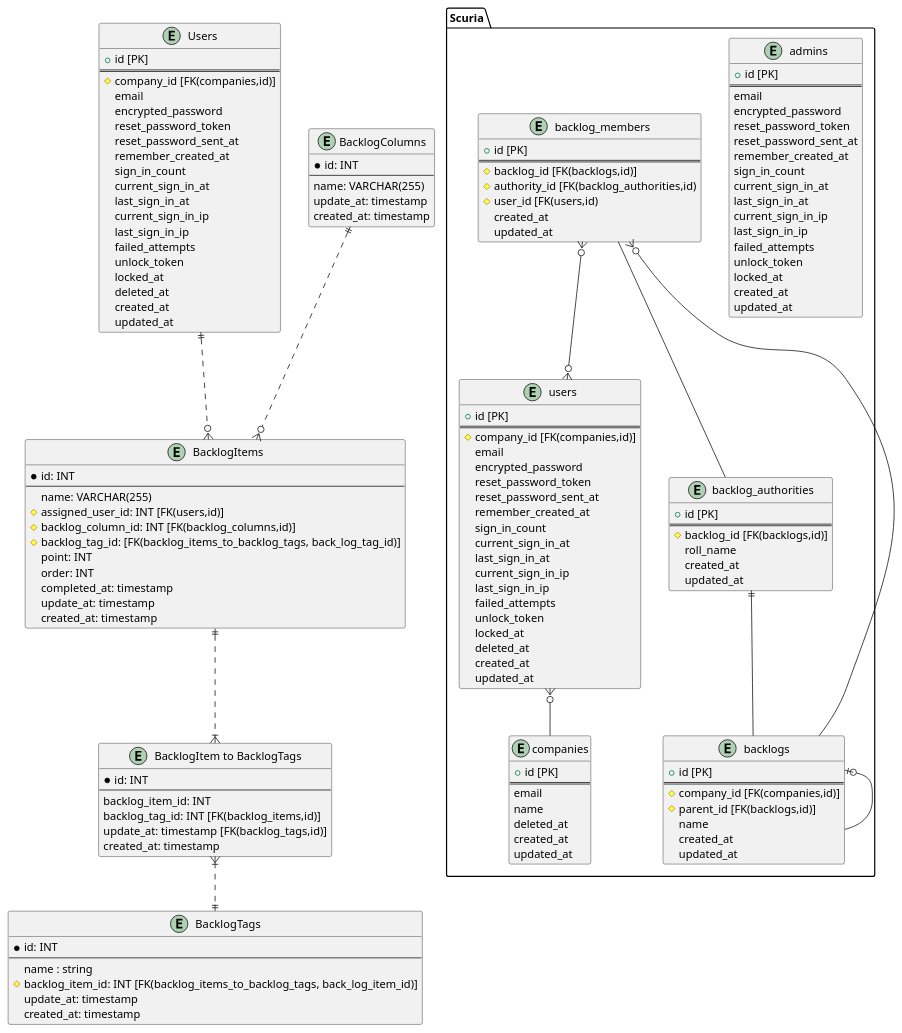
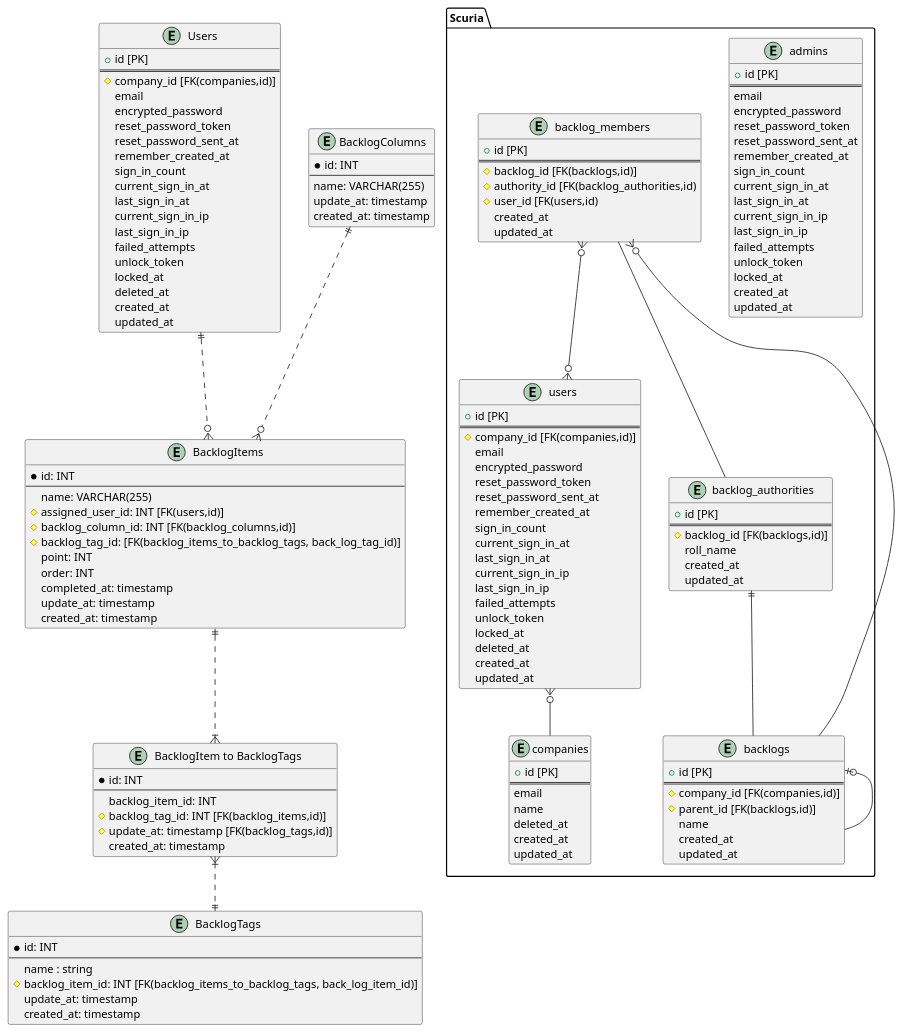
One commit to slill33/Scuria changed the diagram in docs/er.pu. Above: the diagram before and after it, drawn with PlantUML.

```diff
--- a/docs/er.pu
+++ b/docs/er.pu
@@ -1,164 +1,164 @@
 @startuml 
 package "Scuria" {
   entity "users" {
     + id [PK]
     ==
     # company_id [FK(companies,id)]
     email
     encrypted_password
     reset_password_token
     reset_password_sent_at
     remember_created_at
     sign_in_count
     current_sign_in_at
     last_sign_in_at
     current_sign_in_ip
     last_sign_in_ip
     failed_attempts
     unlock_token
     locked_at
     deleted_at
     created_at
     updated_at
   }
   entity "admins" {
     + id [PK]
     ==
     email
     encrypted_password
     reset_password_token
     reset_password_sent_at
     remember_created_at
     sign_in_count
     current_sign_in_at
     last_sign_in_at
     current_sign_in_ip
     last_sign_in_ip
     failed_attempts
     unlock_token
     locked_at
     created_at
     updated_at
   }
   entity "companies" {
     + id [PK]
     ==
     email
     name
     deleted_at
     created_at
     updated_at
   }
   entity "backlog_authorities" {
     + id [PK]
     ==
     # backlog_id [FK(backlogs,id)]
     roll_name
     created_at
     updated_at
   }
   entity "backlogs" {
     + id [PK]
     ==
     # company_id [FK(companies,id)]
     # parent_id [FK(backlogs,id)] 
     name
     created_at
     updated_at 
   }
 
   entity "backlog_members" {
     + id [PK]
     ==
     # backlog_id [FK(backlogs,id)]
     # authority_id [FK(backlog_authorities,id)
     # user_id [FK(users,id) 
     created_at
     updated_at
   }
 
 
   users }o-- companies
   backlog_authorities ||-- backlogs
   backlogs |o-- backlogs
   backlog_members }o-- backlogs
   backlog_members -- backlog_authorities
   backlog_members }o--o{ users
 
 
 
 }
 
 
 entity "Users" as u {
     + id [PK]
     ==
     # company_id [FK(companies,id)]
     email
     encrypted_password
     reset_password_token
     reset_password_sent_at
     remember_created_at
     sign_in_count
     current_sign_in_at
     last_sign_in_at
     current_sign_in_ip
     last_sign_in_ip
     failed_attempts
     unlock_token
     locked_at
     deleted_at
     created_at
     updated_at
 }
 
 entity "BacklogColumns" as backlog_columns {
     *id: INT
     --
     name: VARCHAR(255)
     update_at: timestamp
     created_at: timestamp
 }
 
 
 entity "BacklogItems" as backlog_items {
     *id: INT
     --
     name: VARCHAR(255)
     # assigned_user_id: INT [FK(users,id)]
     # backlog_column_id: INT [FK(backlog_columns,id)]
     # backlog_tag_id: [FK(backlog_items_to_backlog_tags, back_log_tag_id)]
     point: INT
     order: INT
     completed_at: timestamp
     update_at: timestamp
     created_at: timestamp
 }
 
 entity "BacklogItem to BacklogTags" as backlog_items_to_backlog_tags {
     *id: INT
     --
     backlog_item_id: INT
-    backlog_tag_id: INT [FK(backlog_items,id)]
-    update_at: timestamp [FK(backlog_tags,id)]
+    # backlog_tag_id: INT [FK(backlog_items,id)]
+    # update_at: timestamp [FK(backlog_tags,id)]
     created_at: timestamp
 }
 
 entity "BacklogTags" as backlog_tags {
     *id: INT
     --
     name : string
     # backlog_item_id: INT [FK(backlog_items_to_backlog_tags, back_log_item_id)]
     update_at: timestamp
     created_at: timestamp
 }
 
 
 
 u ||..o{ backlog_items
 
 backlog_columns ||..o{ backlog_items
 backlog_items ||..|{ backlog_items_to_backlog_tags
 backlog_items_to_backlog_tags }|..||backlog_tags
 
 @enduml
```
